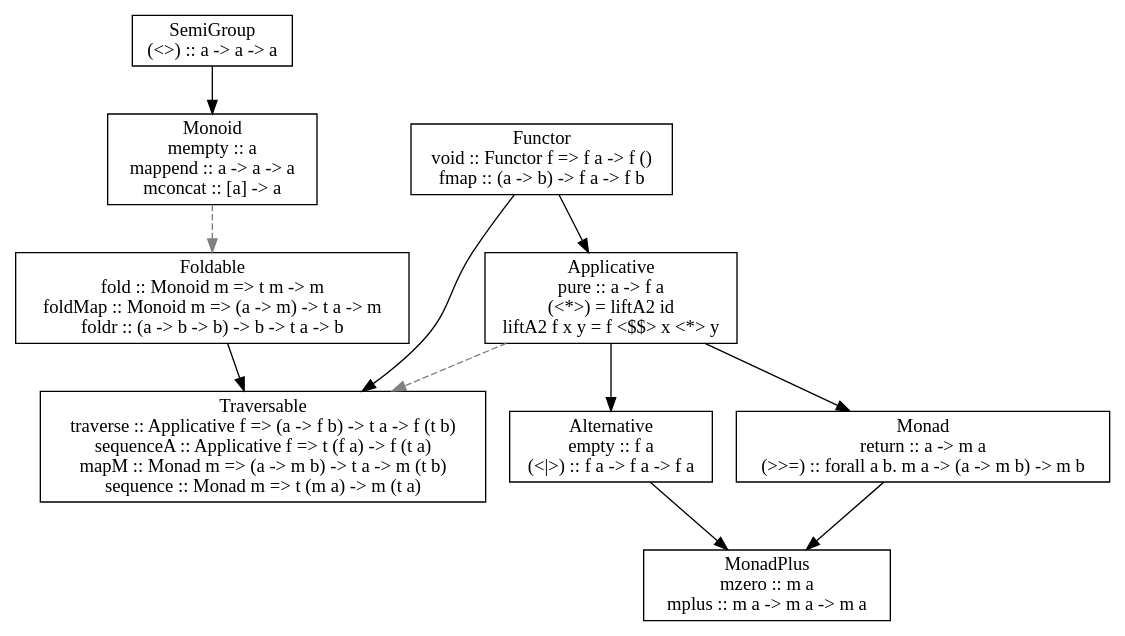
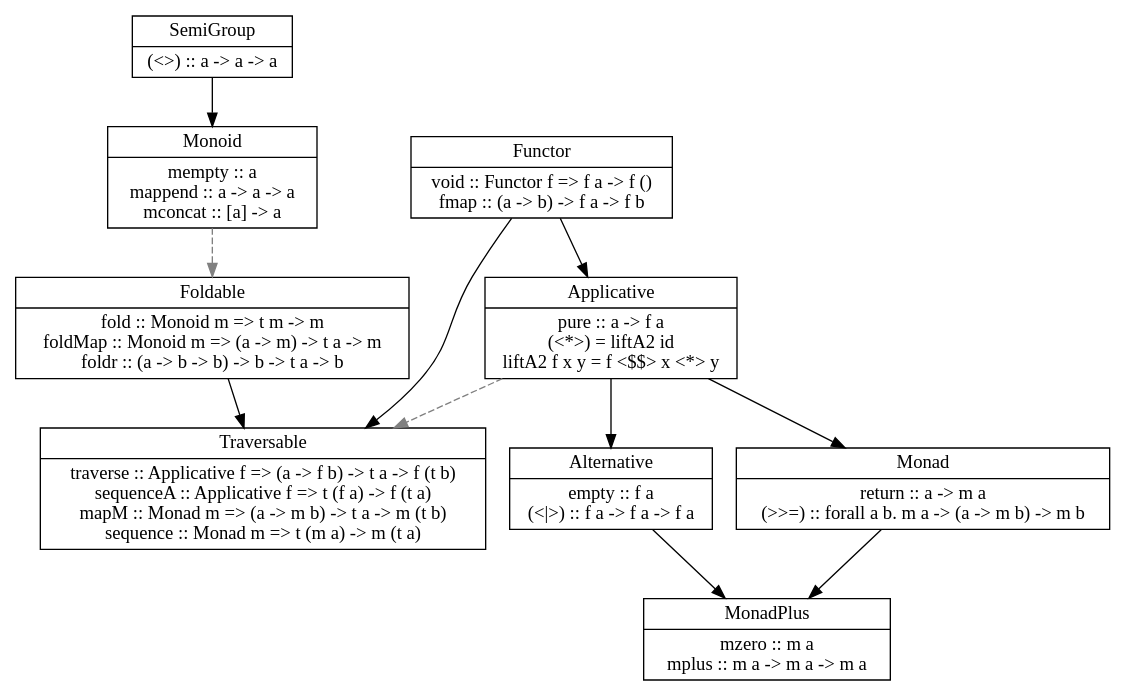
The diagram in HaskellTypeClasses.gv (fuszenecker/HsDie), drawn with Graphviz before and after one commit. The commit also changed 1 other file, not shown here.

Commit message:
Graph update.

```diff
--- a/HaskellTypeClasses.gv
+++ b/HaskellTypeClasses.gv
@@ -1,59 +1,59 @@
 digraph TECU {
     graph [ fontname = "dubai" ]
-    node  [ fontname = "dubai" shape = "rectangle" ]
+    node  [ fontname = "dubai" shape = record ]
     edge  [ fontname = "dubai" ]
 
     SemiGroup [
-        label = "SemiGroup\n(<>) :: a -> a -> a"
+        label = "{SemiGroup|(\<\>) :: a -\> a -\> a}"
     ]
 
     Monoid [
-        label = "Monoid\nmempty :: a\nmappend :: a -> a -> a\nmconcat :: [a] -> a"
+        label = "{Monoid|mempty :: a\nmappend :: a -\> a -\> a\nmconcat :: [a] -\> a}"
     ]
 
     Foldable [
-        label = "Foldable\nfold :: Monoid m => t m -> m\nfoldMap :: Monoid m => (a -> m) -> t a -> m\nfoldr :: (a -> b -> b) -> b -> t a -> b"
+        label = "{Foldable|fold :: Monoid m =\> t m -\> m\nfoldMap :: Monoid m =\> (a -\> m) -\> t a -\> m\nfoldr :: (a -\> b -\> b) -\> b -\> t a -\> b}"
     ]
 
     Traversable [
-        label = "Traversable\ntraverse :: Applicative f => (a -> f b) -> t a -> f (t b)\nsequenceA :: Applicative f => t (f a) -> f (t a)\nmapM :: Monad m => (a -> m b) -> t a -> m (t b)\nsequence :: Monad m => t (m a) -> m (t a)"
+        label = "{Traversable|traverse :: Applicative f =\> (a -\> f b) -\> t a -\> f (t b)\nsequenceA :: Applicative f =\> t (f a) -\> f (t a)\nmapM :: Monad m =\> (a -\> m b) -\> t a -\> m (t b)\nsequence :: Monad m =\> t (m a) -\> m (t a)}"
     ]
 
     Functor [
-        label = "Functor\nvoid :: Functor f => f a -> f ()\nfmap :: (a -> b) -> f a -> f b"
+        label = "{Functor|void :: Functor f =\> f a -\> f ()\nfmap :: (a -\> b) -\> f a -\> f b}"
     ]
 
     Applicative [
-        label = "Applicative\npure :: a -> f a\n(<*>) = liftA2 id\nliftA2 f x y = f <$$> x <*> y"
+        label = "{Applicative|pure :: a -\> f a\n(\<*\>) = liftA2 id\nliftA2 f x y = f \<$$\> x \<*\> y}"
     ]
 
     Alternative [
-        label = "Alternative\nempty :: f a\n(<|>) :: f a -> f a -> f a"
+        label = "{Alternative|empty :: f a\n(\<\|\>) :: f a -\> f a -\> f a}"
     ]
 
     Monad [
-        label = "Monad\nreturn :: a -> m a\n(>>=) :: forall a b. m a -> (a -> m b) -> m b"
+        label = "{Monad|return :: a -\> m a\n(\>\>=) :: forall a b. m a -\> (a -\> m b) -\> m b}"
     ]
 
     MonadPlus [
-        label = "MonadPlus\nmzero :: m a\nmplus :: m a -> m a -> m a"
+        label = "{MonadPlus|mzero :: m a\nmplus :: m a -\> m a -\> m a}"
     ]
 
     SemiGroup -> Monoid
 
     Foldable -> Traversable
 
     Functor -> Traversable
 
     Functor -> Applicative
     Applicative -> Monad
     Applicative -> Alternative
 
     Monad -> MonadPlus
     Alternative -> MonadPlus
 
     edge [ style = dashed, color = grey ]
 
     Monoid -> Foldable
     Applicative -> Traversable
 }
```
